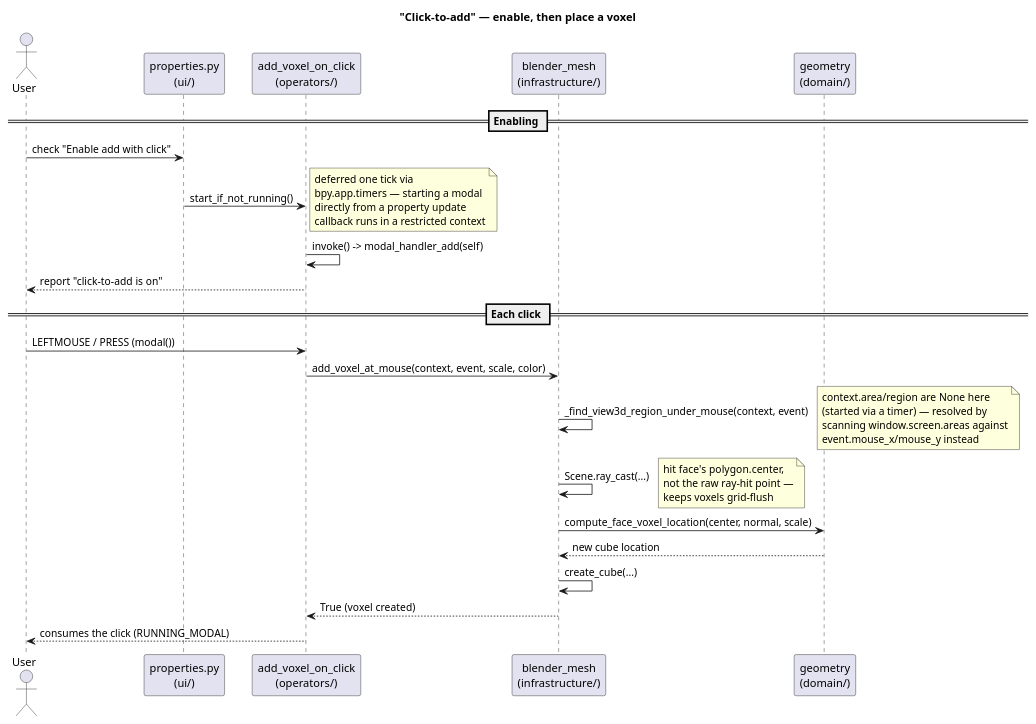
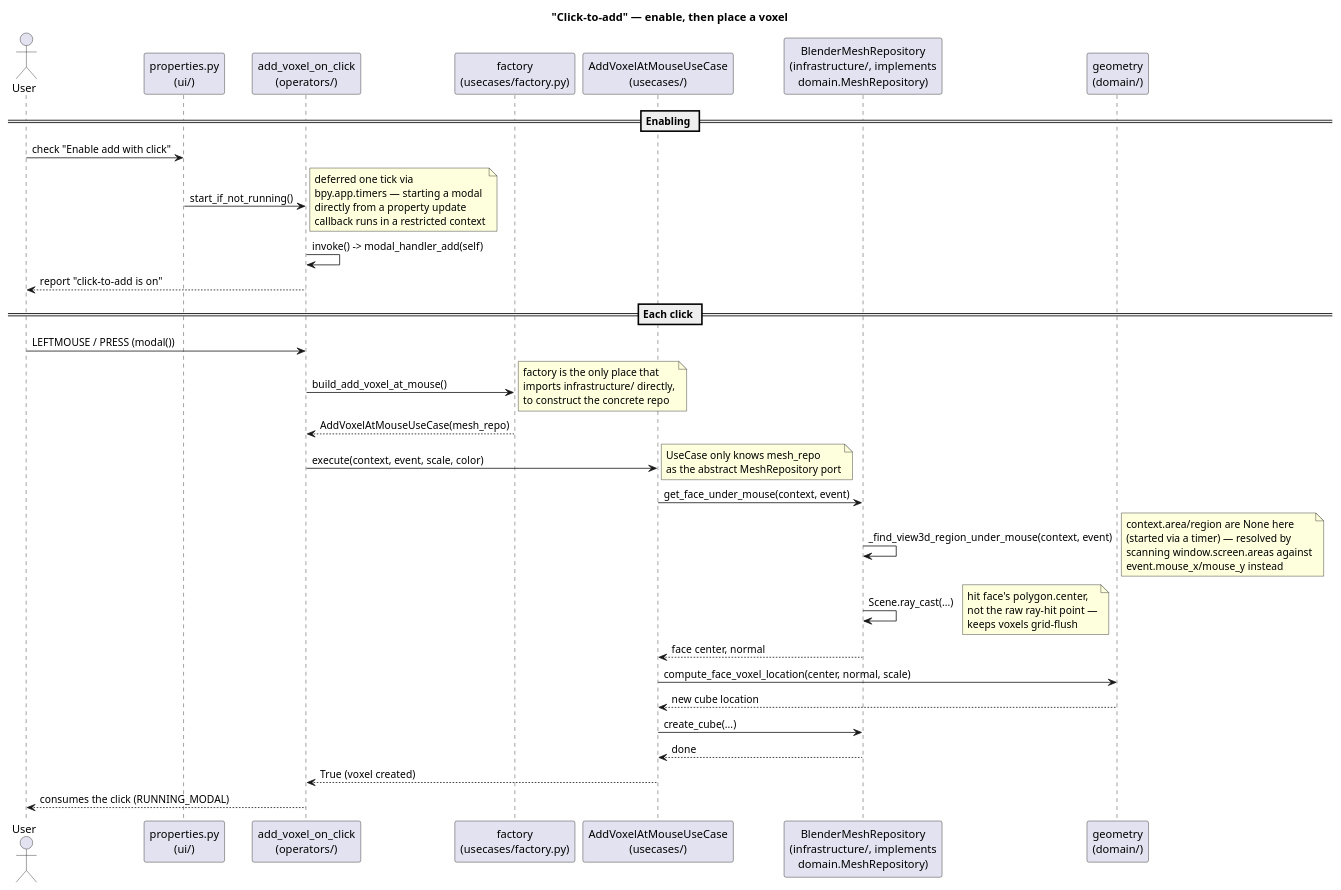
Before and after one commit to polotto/polovoxel: the third of 3 diagrams in docs/architecture/README.md, drawn with PlantUML. The commit also changed other lines of this file and 18 other files, not shown here.

First line of the commit message:
Add usecases layer and MeshRepository port

````diff
--- a/docs/architecture/README.md
+++ b/docs/architecture/README.md
@@ -118,35 +188,45 @@
 ```plantuml
 @startuml sequence_click_to_add
 title "Click-to-add" — enable, then place a voxel
 
 actor User
 participant "properties.py\n(ui/)" as Props
 participant "add_voxel_on_click\n(operators/)" as Operator
-participant "blender_mesh\n(infrastructure/)" as Infra
+participant "factory\n(usecases/factory.py)" as Factory
+participant "AddVoxelAtMouseUseCase\n(usecases/)" as UseCase
+participant "BlenderMeshRepository\n(infrastructure/, implements\ndomain.MeshRepository)" as Repo
 participant "geometry\n(domain/)" as Domain
 
 == Enabling ==
 User -> Props : check "Enable add with click"
 Props -> Operator : start_if_not_running()
 note right : deferred one tick via\nbpy.app.timers — starting a modal\ndirectly from a property update\ncallback runs in a restricted context
 Operator -> Operator : invoke() -> modal_handler_add(self)
 Operator --> User : report "click-to-add is on"
 
 == Each click ==
 User -> Operator : LEFTMOUSE / PRESS (modal())
-Operator -> Infra : add_voxel_at_mouse(context, event, scale, color)
+Operator -> Factory : build_add_voxel_at_mouse()
+note right : factory is the only place that\nimports infrastructure/ directly,\nto construct the concrete repo
+Factory --> Operator : AddVoxelAtMouseUseCase(mesh_repo)
 
-Infra -> Infra : _find_view3d_region_under_mouse(context, event)
+Operator -> UseCase : execute(context, event, scale, color)
+note right : UseCase only knows mesh_repo\nas the abstract MeshRepository port
+
+UseCase -> Repo : get_face_under_mouse(context, event)
+Repo -> Repo : _find_view3d_region_under_mouse(context, event)
 note right : context.area/region are None here\n(started via a timer) — resolved by\nscanning window.screen.areas against\nevent.mouse_x/mouse_y instead
+Repo -> Repo : Scene.ray_cast(...)
+note right : hit face's polygon.center,\nnot the raw ray-hit point —\nkeeps voxels grid-flush
+Repo --> UseCase : face center, normal
 
-Infra -> Infra : Scene.ray_cast(...)
-note right : hit face's polygon.center,\nnot the raw ray-hit point —\nkeeps voxels grid-flush
+UseCase -> Domain : compute_face_voxel_location(center, normal, scale)
+Domain --> UseCase : new cube location
 
-Infra -> Domain : compute_face_voxel_location(center, normal, scale)
-Domain --> Infra : new cube location
+UseCase -> Repo : create_cube(...)
+Repo --> UseCase : done
 
-Infra -> Infra : create_cube(...)
-Infra --> Operator : True (voxel created)
+UseCase --> Operator : True (voxel created)
 Operator --> User : consumes the click (RUNNING_MODAL)
 @enduml
 ```
````
